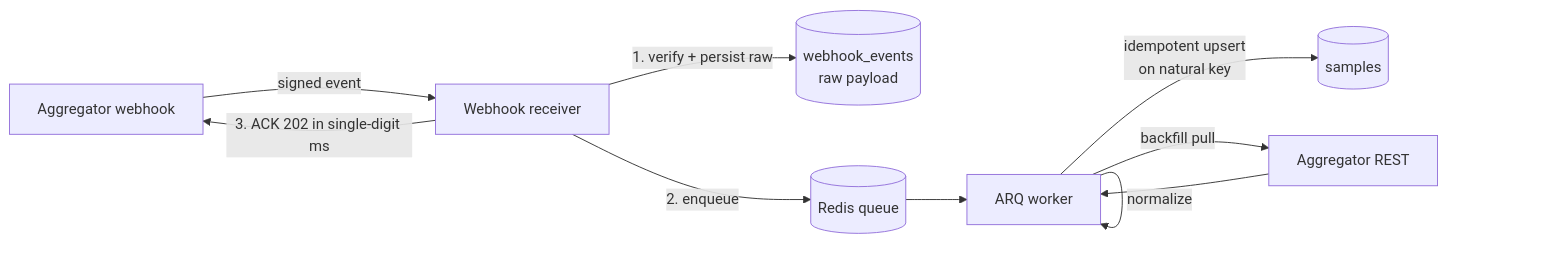
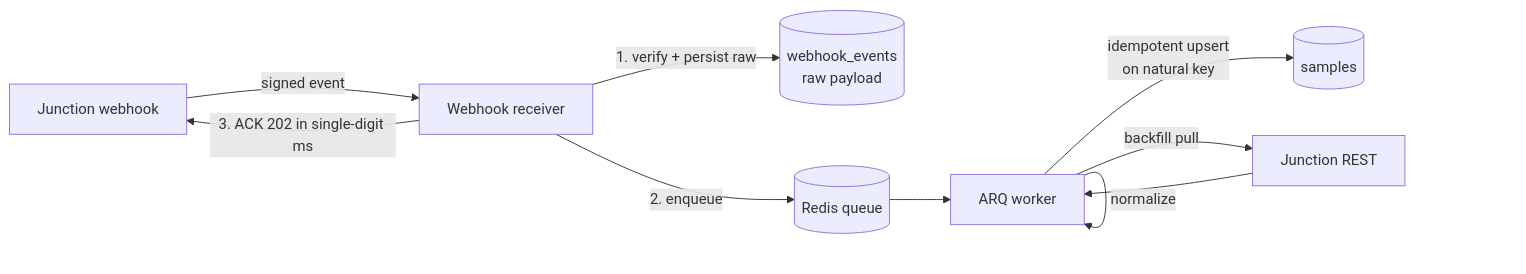
Before and after one commit to prasadus92/prasadus92.github.io: the first of 2 diagrams in src/content/blog/idempotent-ingestion.md, drawn with Mermaid. The commit also changed other lines of this file and 1 other file, not shown here.

First line of the commit message:
Restore Junction vendor name, note OpenWearables.io, tighten radius to 2px

````diff
--- a/src/content/blog/idempotent-ingestion.md
+++ b/src/content/blog/idempotent-ingestion.md
@@ -50,14 +50,14 @@
 ```mermaid
 flowchart LR
-    JW[Aggregator webhook] -->|signed event| RCV[Webhook receiver]
+    JW[Junction webhook] -->|signed event| RCV[Webhook receiver]
     RCV -->|1. verify + persist raw| DB[("webhook_events
     raw payload")]
     RCV -->|2. enqueue| Q[(Redis queue)]
     RCV -->|3. ACK 202 in single-digit ms| JW
     Q --> WK[ARQ worker]
     WK -->|normalize| WK
     WK -->|idempotent upsert
     on natural key| S[("samples")]
-    WK -->|backfill pull| JAPI[Aggregator REST]
+    WK -->|backfill pull| JAPI[Junction REST]
     JAPI --> WK
 ```
````
